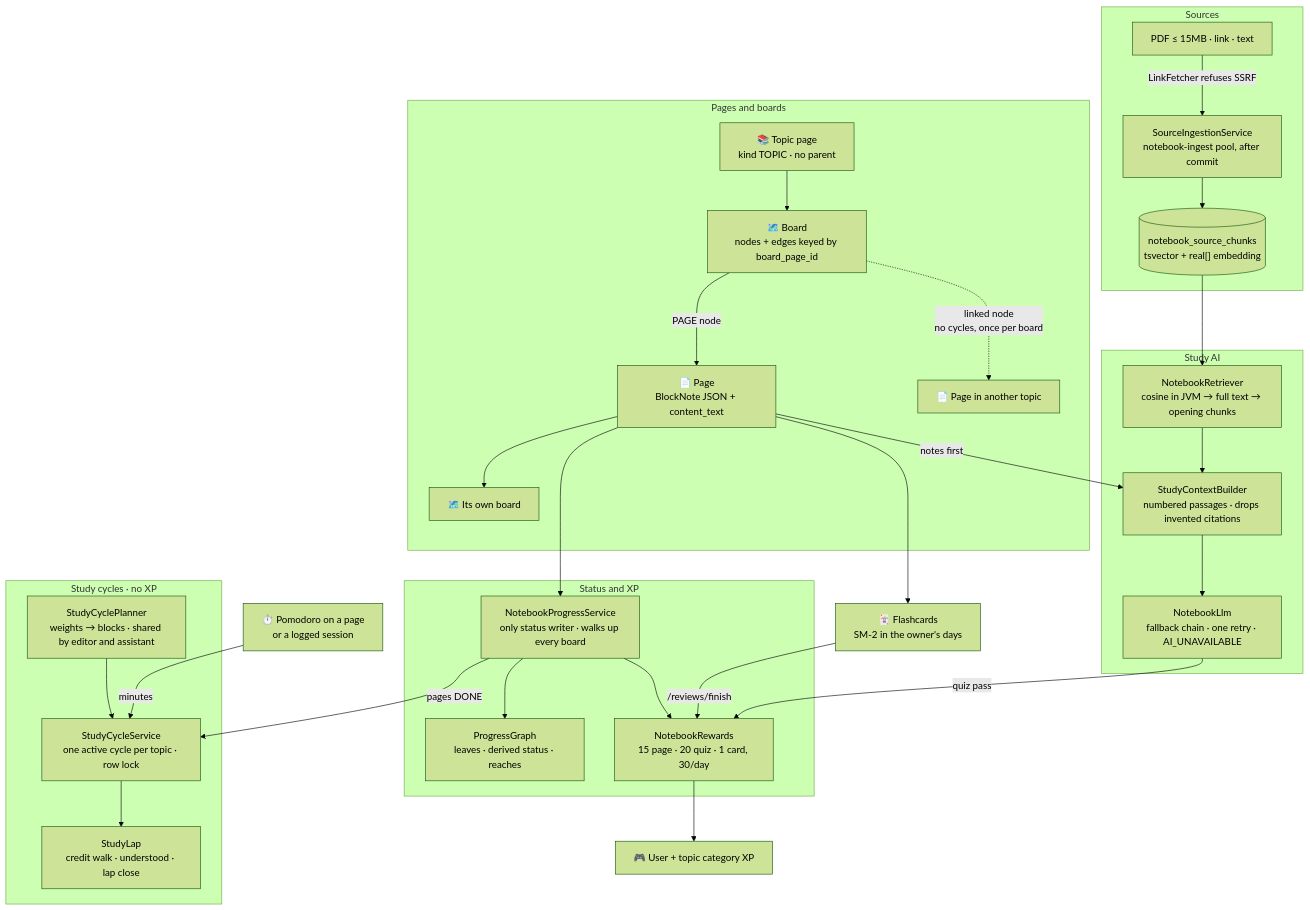
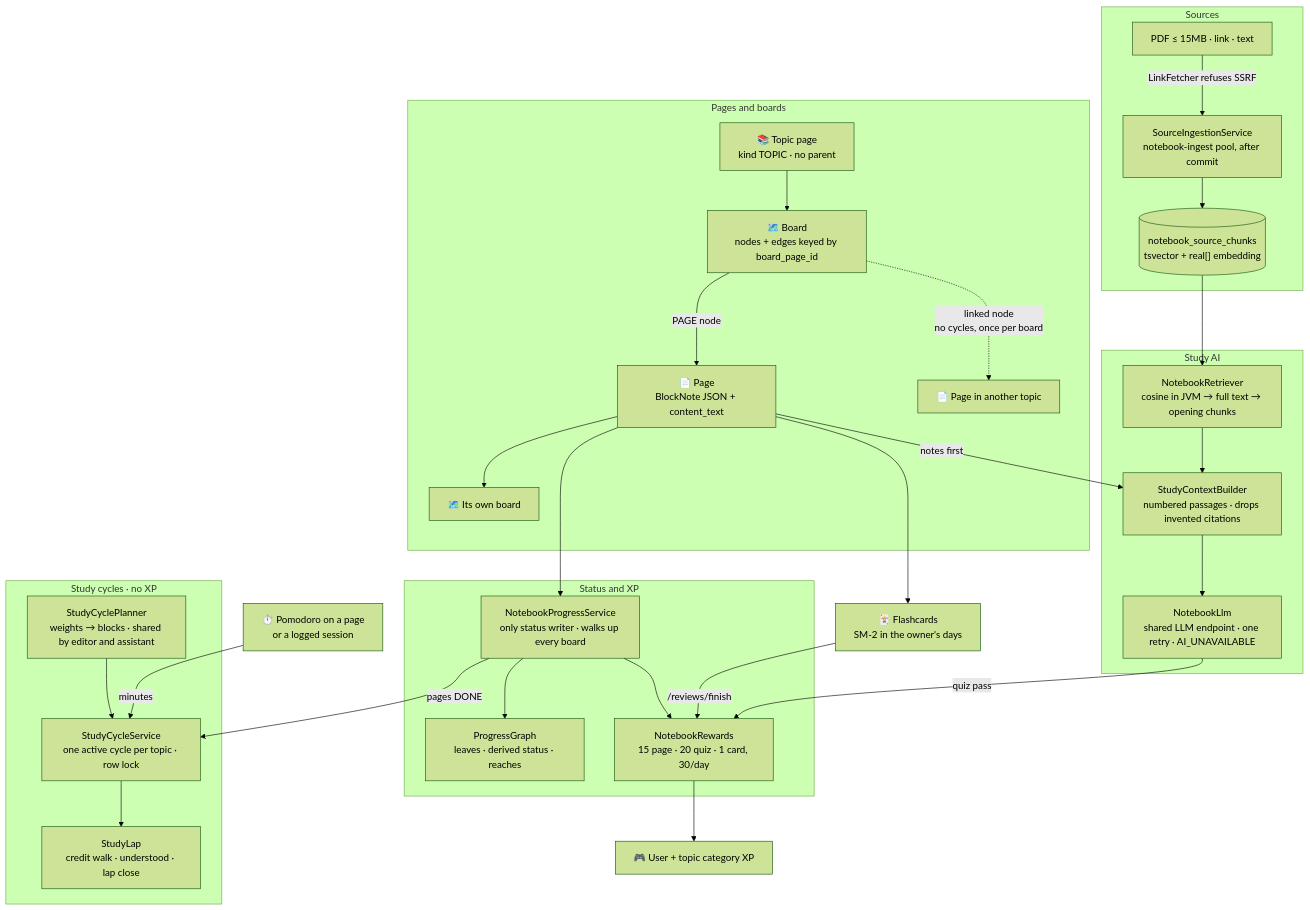
Before and after one commit to AndDev741/Beyou-arch-design: the diagram in architecture/study-notebook/diagram.mmd, drawn with Mermaid (forest theme). The commit also changed 18 other files, not shown here.

First line of the commit message:
docs(ai-agent): one LLM endpoint replaces the backend fallback chain

```diff
--- a/architecture/study-notebook/diagram.mmd
+++ b/architecture/study-notebook/diagram.mmd
@@ -1,51 +1,51 @@
 flowchart TD
   subgraph model["Pages and boards"]
     TOPIC["📚 Topic page<br/>kind TOPIC · no parent"]
     PAGE["📄 Page<br/>BlockNote JSON + content_text"]
     BOARD["🗺️ Board<br/>nodes + edges keyed by board_page_id"]
     TOPIC --> BOARD
     BOARD -->|"PAGE node"| PAGE
     BOARD -.->|"linked node<br/>no cycles, once per board"| OTHER["📄 Page in another topic"]
     PAGE --> SUB["🗺️ Its own board"]
   end
 
   subgraph rules["Status and XP"]
     PROG["NotebookProgressService<br/>only status writer · walks up every board"]
     GRAPH["ProgressGraph<br/>leaves · derived status · reaches"]
     REW["NotebookRewards<br/>15 page · 20 quiz · 1 card, 30/day"]
     PROG --> GRAPH
     PROG --> REW
   end
 
   subgraph sources["Sources"]
     ADD["PDF ≤ 15MB · link · text"]
     INGEST["SourceIngestionService<br/>notebook-ingest pool, after commit"]
     CHUNKS[("notebook_source_chunks<br/>tsvector + real[] embedding")]
     ADD -->|"LinkFetcher refuses SSRF"| INGEST
     INGEST --> CHUNKS
   end
 
   subgraph ai["Study AI"]
     RET["NotebookRetriever<br/>cosine in JVM → full text → opening chunks"]
     CTX["StudyContextBuilder<br/>numbered passages · drops invented citations"]
-    LLM["NotebookLlm<br/>fallback chain · one retry · AI_UNAVAILABLE"]
+    LLM["NotebookLlm<br/>shared LLM endpoint · one retry · AI_UNAVAILABLE"]
     CHUNKS --> RET --> CTX --> LLM
   end
 
   PAGE --> PROG
   PAGE -->|"notes first"| CTX
   PAGE --> CARDS["🃏 Flashcards<br/>SM-2 in the owner's days"]
   CARDS -->|"/reviews/finish"| REW
   LLM -->|"quiz pass"| REW
   REW --> XP["🎮 User + topic category XP"]
 
   subgraph cycles["Study cycles · no XP"]
     CYC["StudyCycleService<br/>one active cycle per topic · row lock"]
     LAP["StudyLap<br/>credit walk · understood · lap close"]
     PLAN["StudyCyclePlanner<br/>weights → blocks · shared by editor and assistant"]
     CYC --> LAP
     PLAN --> CYC
   end
 
   POMO["⏱️ Pomodoro on a page<br/>or a logged session"] -->|"minutes"| CYC
   PROG -->|"pages DONE"| CYC
```
